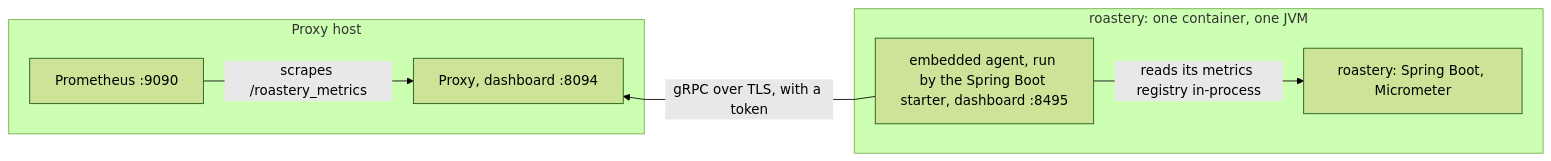
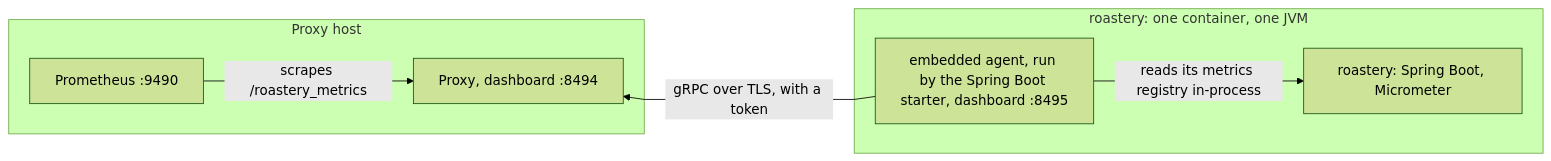
The diagram in demos/spring-boot/README.md (pambrose/prometheus-proxy), drawn with Mermaid (forest theme) before and after one commit. The commit also changed other lines of this file and 239 other files, not shown here.

````diff
--- a/demos/spring-boot/README.md
+++ b/demos/spring-boot/README.md
@@ -23,19 +23,19 @@
 ```mermaid
 %%{init: {'flowchart': {'curve': 'linear'}}}%%
 graph LR
-  P[Prometheus :9090] -->|scrapes /roastery_metrics| Proxy[Proxy, dashboard :8094]
+  P[Prometheus :9490] -->|scrapes /roastery_metrics| Proxy[Proxy, dashboard :8494]
   %% The agent connects out to the proxy, so its arrow points back. The invisible link keeps the app to the right.
   Proxy ~~~ Agent
   Agent[embedded agent, run by the Spring Boot starter, dashboard :8495] -->|gRPC over TLS, with a token| Proxy
   Agent -->|reads its metrics registry in-process| App[roastery: Spring Boot, Micrometer]
 
   subgraph host[Proxy host]
     P
     Proxy
   end
 
   subgraph roastery[roastery: one container, one JVM]
     Agent
     App
   end
 ```
````
